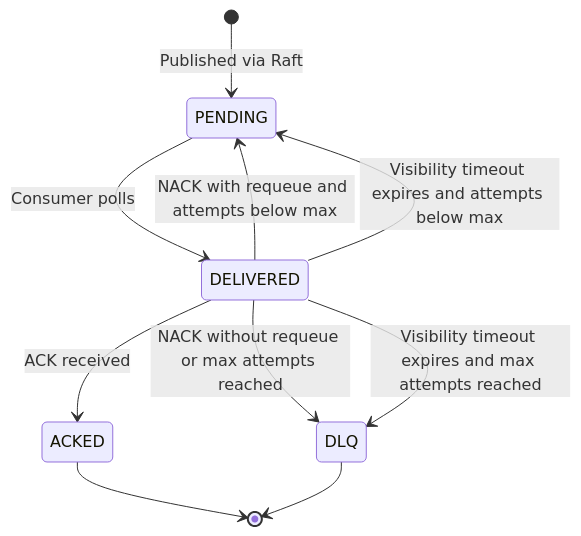
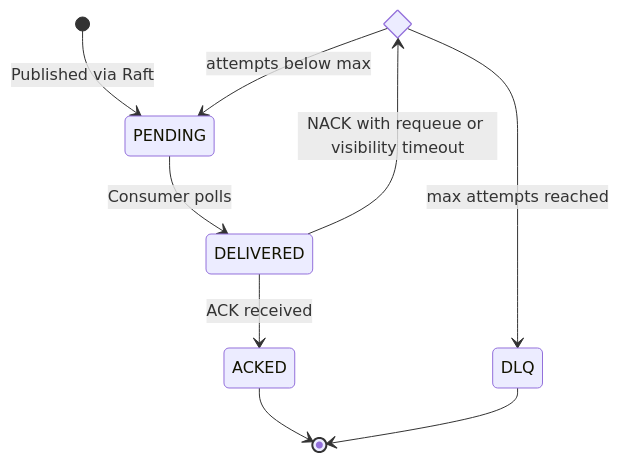
Before and after one commit to nadermedhet148/simpleMQ: the eighth of 9 diagrams in README.md, drawn with Mermaid.

Commit message:
Update README: correct UML relationships, data type consistency, and improve timeout logic descriptions

````diff
--- a/README.md
+++ b/README.md
@@ -385,12 +385,13 @@
 ```mermaid
 stateDiagram-v2
+    state RetryCheck <<choice>>
+
     [*] --> PENDING : Published via Raft
     PENDING --> DELIVERED : Consumer polls
     DELIVERED --> ACKED : ACK received
-    DELIVERED --> PENDING : NACK with requeue and attempts below max
-    DELIVERED --> PENDING : Visibility timeout expires and attempts below max
-    DELIVERED --> DLQ : NACK without requeue or max attempts reached
-    DELIVERED --> DLQ : Visibility timeout expires and max attempts reached
+    DELIVERED --> RetryCheck : NACK with requeue or visibility timeout
+    RetryCheck --> PENDING : attempts below max
+    RetryCheck --> DLQ : max attempts reached
     ACKED --> [*]
     DLQ --> [*]
 ```
````
